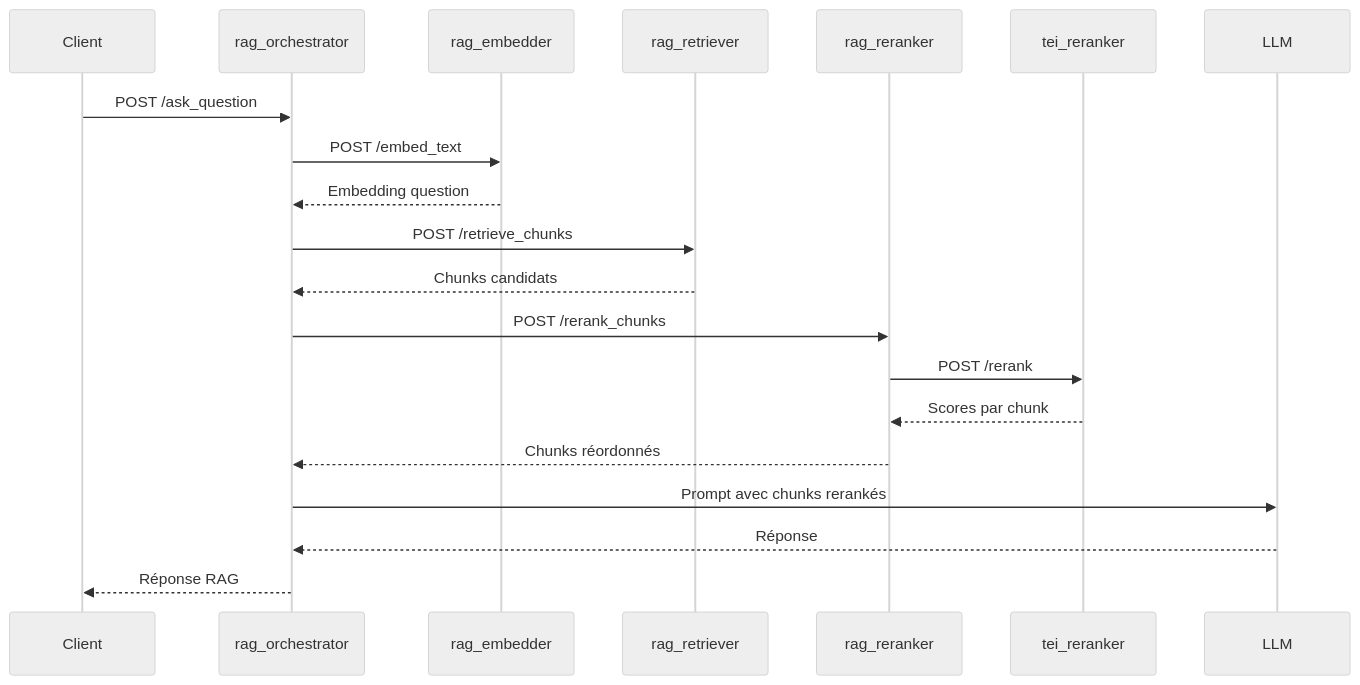
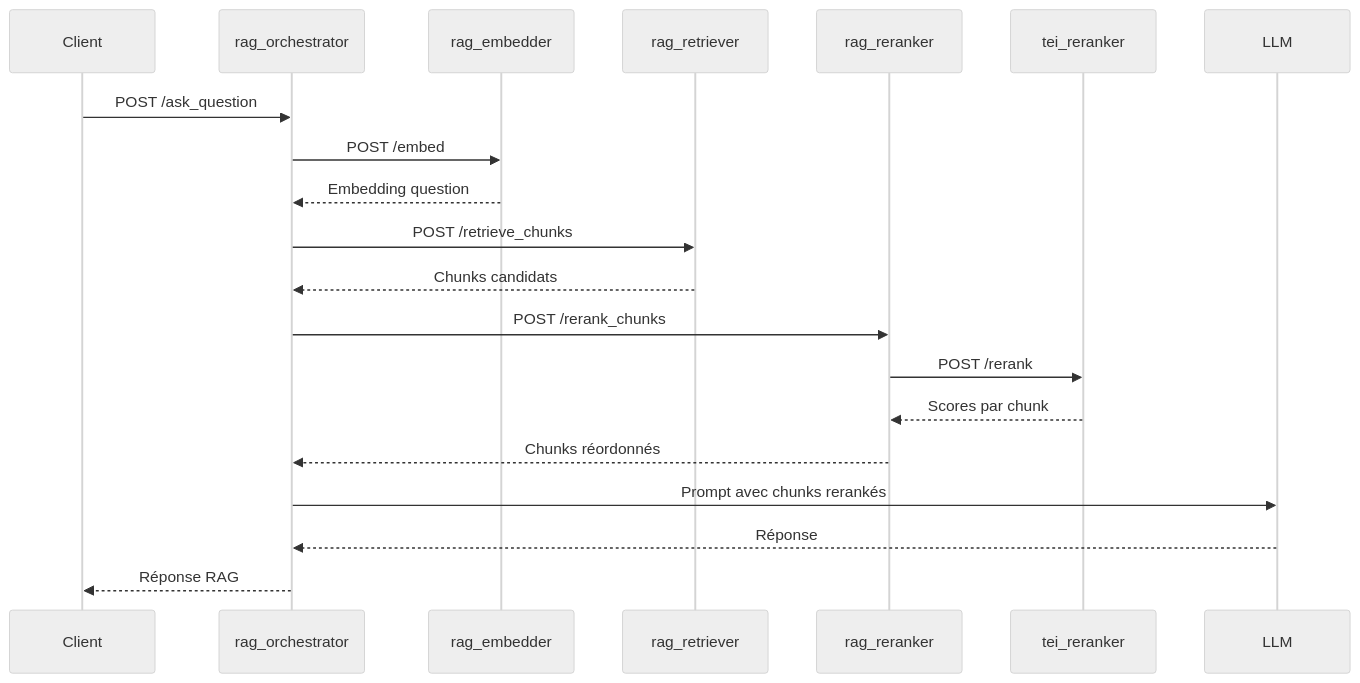
Before and after one commit to TanguyRaguenes/RAG: the second of 2 diagrams in rag_reranker/docs/index.md, drawn with Mermaid (neutral theme). The commit also changed other lines of this file and 124 other files, not shown here.

````diff
--- a/rag_reranker/docs/index.md
+++ b/rag_reranker/docs/index.md
@@ -190,23 +190,23 @@
 ```mermaid
 sequenceDiagram
     participant Client
     participant Orchestrator as rag_orchestrator
     participant Embedder as rag_embedder
     participant Retriever as rag_retriever
     participant Reranker as rag_reranker
     participant TEI as tei_reranker
     participant LLM
 
     Client->>Orchestrator: POST /ask_question
-    Orchestrator->>Embedder: POST /embed_text
+    Orchestrator->>Embedder: POST /embed
     Embedder-->>Orchestrator: Embedding question
     Orchestrator->>Retriever: POST /retrieve_chunks
     Retriever-->>Orchestrator: Chunks candidats
     Orchestrator->>Reranker: POST /rerank_chunks
     Reranker->>TEI: POST /rerank
     TEI-->>Reranker: Scores par chunk
     Reranker-->>Orchestrator: Chunks réordonnés
     Orchestrator->>LLM: Prompt avec chunks rerankés
     LLM-->>Orchestrator: Réponse
     Orchestrator-->>Client: Réponse RAG
 ```
````
